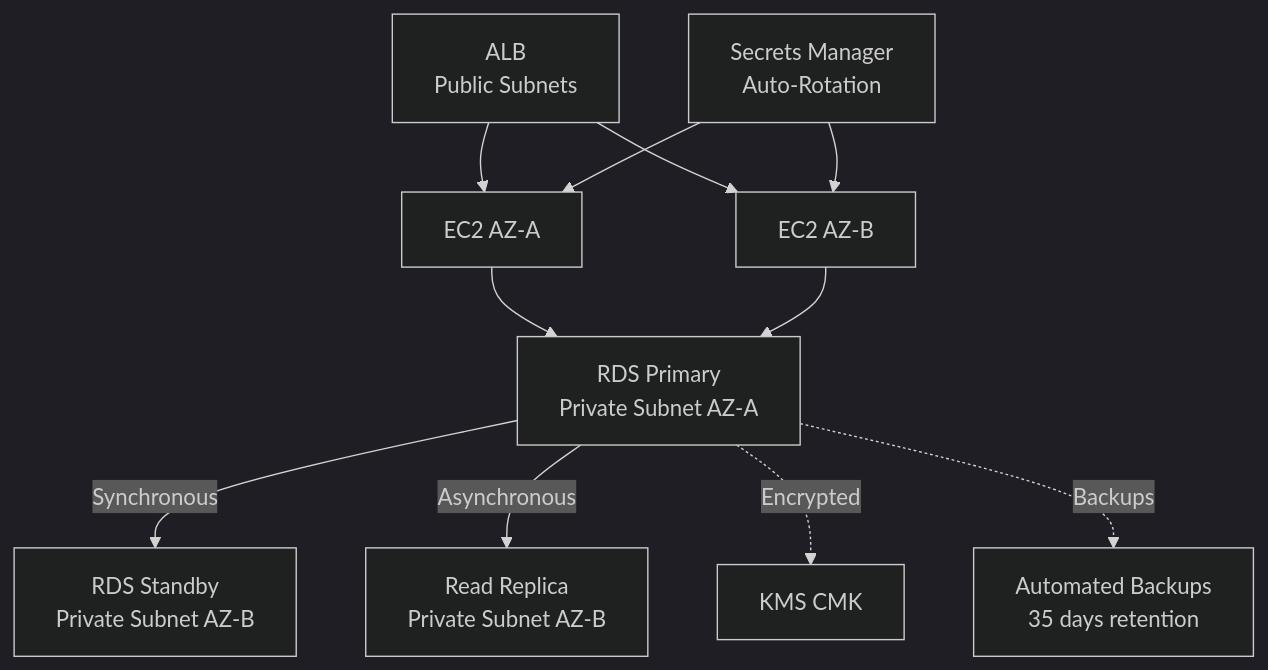
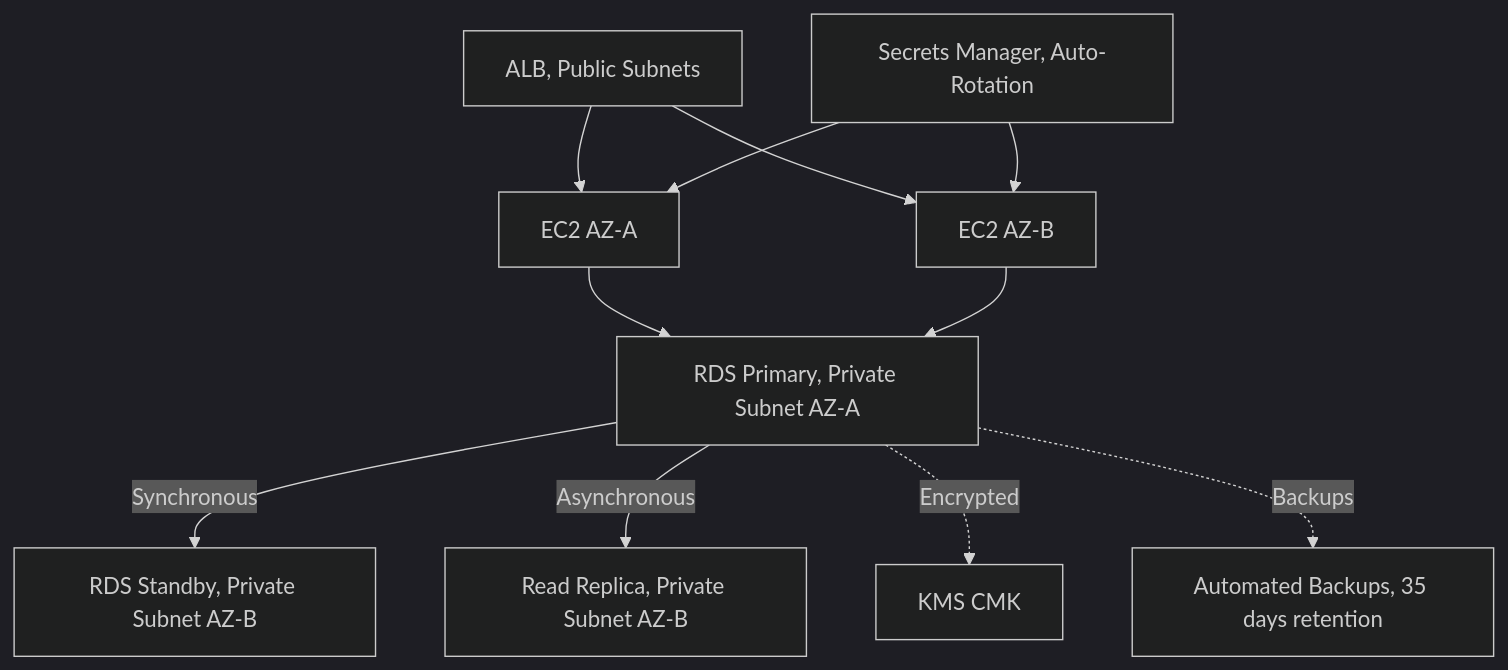
Before and after one commit to DeeptiShuklaProject/Uday_AWS: the first of 3 diagrams in Chapter_06_Amazon_RDS.md, drawn with Mermaid (dark theme). The commit also changed other lines of this file and 34 other files, not shown here.

Commit message:
Fix mermaid diagrams syntax across all chapters (quote labels and remove HTML)

````diff
--- a/Chapter_06_Amazon_RDS.md
+++ b/Chapter_06_Amazon_RDS.md
@@ -166,15 +166,15 @@
 ```mermaid
 flowchart TD
-    ALB[ALB<br>Public Subnets] --> EC2A[EC2 AZ-A]
+    ALB["ALB, Public Subnets"] --> EC2A[EC2 AZ-A]
     ALB --> EC2B[EC2 AZ-B]
     
-    EC2A --> Primary[RDS Primary<br>Private Subnet AZ-A]
+    EC2A --> Primary["RDS Primary, Private Subnet AZ-A"]
     EC2B --> Primary
     
-    Primary -->|Synchronous| Standby[RDS Standby<br>Private Subnet AZ-B]
-    Primary -->|Asynchronous| Replica[Read Replica<br>Private Subnet AZ-B]
+    Primary -->|Synchronous| Standby["RDS Standby, Private Subnet AZ-B"]
+    Primary -->|Asynchronous| Replica["Read Replica, Private Subnet AZ-B"]
     
-    SM[Secrets Manager<br>Auto-Rotation] --> EC2A & EC2B
+    SM["Secrets Manager, Auto-Rotation"] --> EC2A & EC2B
     Primary -.->|Encrypted| KMS[KMS CMK]
-    Primary -.->|Backups| Backup[Automated Backups<br>35 days retention]
+    Primary -.->|Backups| Backup["Automated Backups, 35 days retention"]
 ```
````
